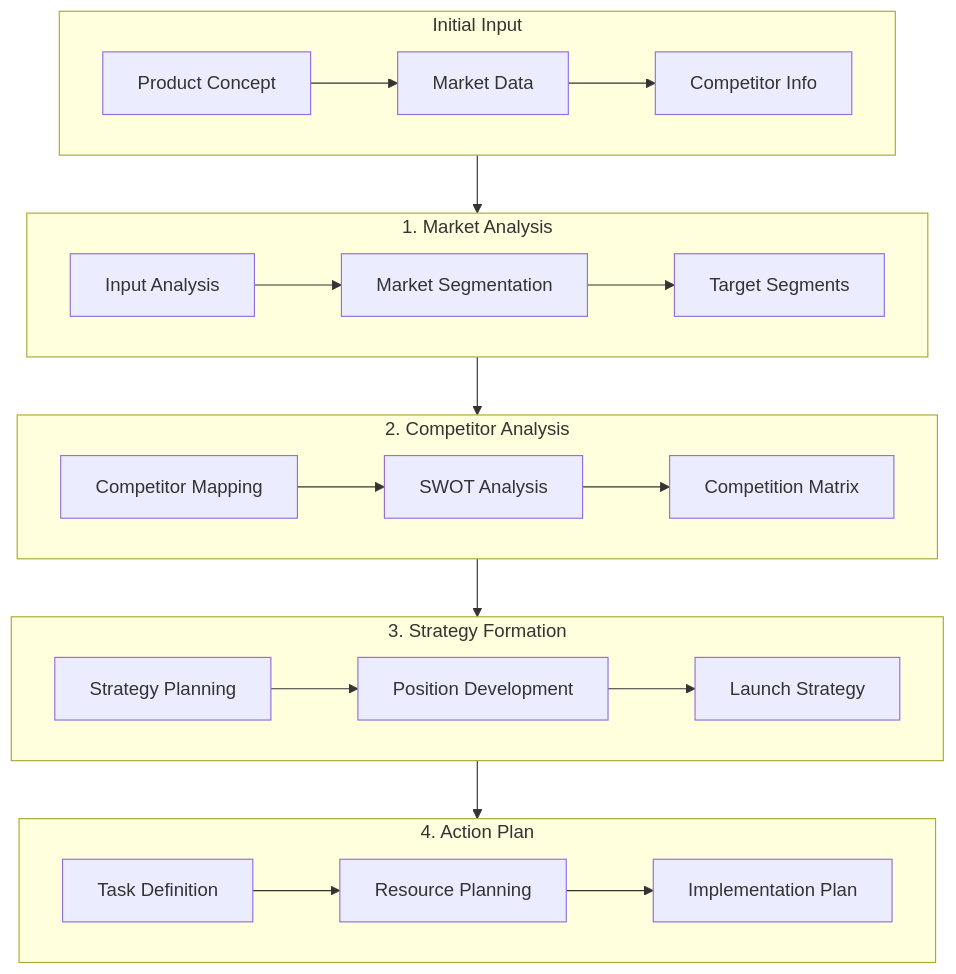
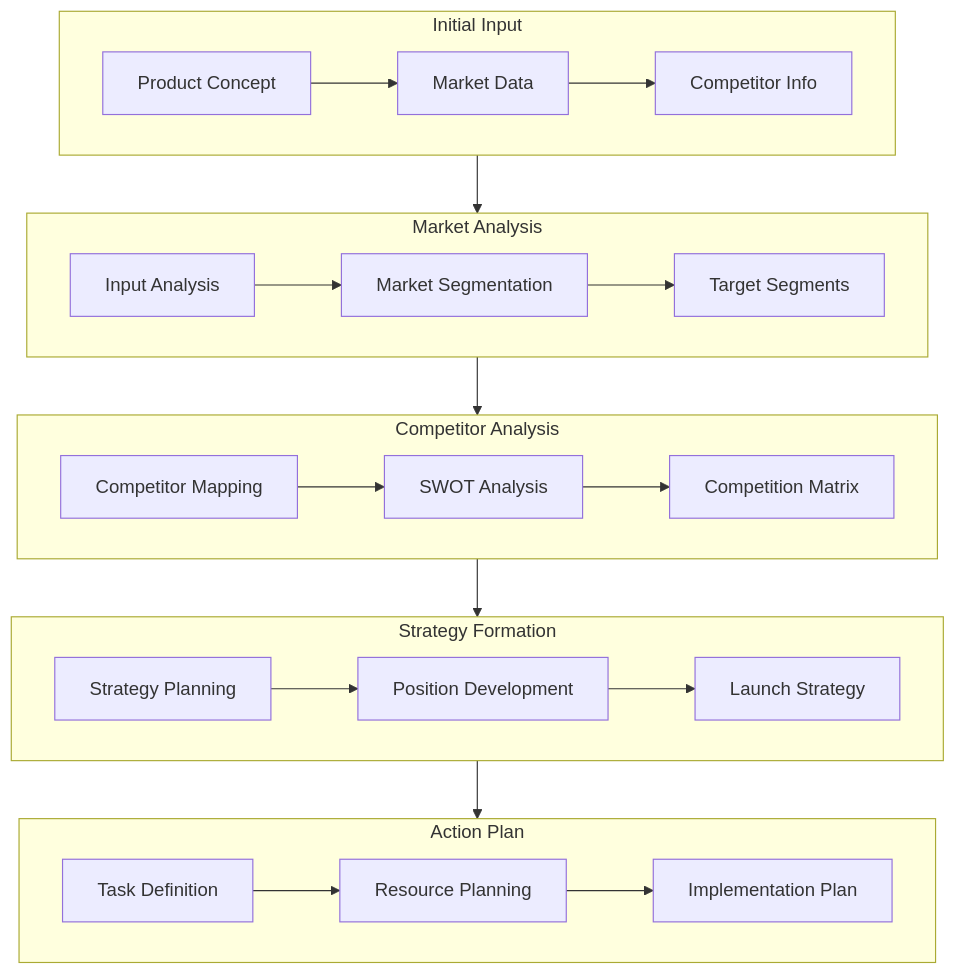
The first of 2 diagrams in ai-ml/Chain of Thought Prompting: A Multi-Phase Decision Making System.md (MuhammadYossry/tech-articles), drawn with Mermaid before and after one commit. The commit also changed other lines of this file, not shown here.

Commit message:
Fix mermaid graph

````diff
--- a/ai-ml/Chain of Thought Prompting: A Multi-Phase Decision Making System.md
+++ b/ai-ml/Chain of Thought Prompting: A Multi-Phase Decision Making System.md
@@ -91,40 +91,40 @@
 ```mermaid
 flowchart TB
     %% Initial Input Section
     subgraph Input["Initial Input"]
         start["Product Concept"]
         marketData["Market Data"]
         competitors["Competitor Info"]
         start --> marketData --> competitors
     end
 
     %% Phase 1
-    subgraph Phase1["1. Market Analysis"]
+    subgraph Phase1["Market Analysis"]
         P1input["Input Analysis"] --> P1process["Market Segmentation"]
         P1process --> P1output["Target Segments"]
     end
 
     %% Phase 2
-    subgraph Phase2["2. Competitor Analysis"]
+    subgraph Phase2["Competitor Analysis"]
         P2input["Competitor Mapping"] --> P2process["SWOT Analysis"]
         P2process --> P2output["Competition Matrix"]
     end
 
     %% Phase 3
-    subgraph Phase3["3. Strategy Formation"]
+    subgraph Phase3["Strategy Formation"]
         P3input["Strategy Planning"] --> P3process["Position Development"]
         P3process --> P3output["Launch Strategy"]
     end
 
     %% Phase 4
-    subgraph Phase4["4. Action Plan"]
+    subgraph Phase4["Action Plan"]
         P4input["Task Definition"] --> P4process["Resource Planning"]
         P4process --> P4output["Implementation Plan"]
     end
 
     %% Main Flow Connections
     Input --> Phase1
     Phase1 --> Phase2
     Phase2 --> Phase3
     Phase3 --> Phase4
 ```
````
